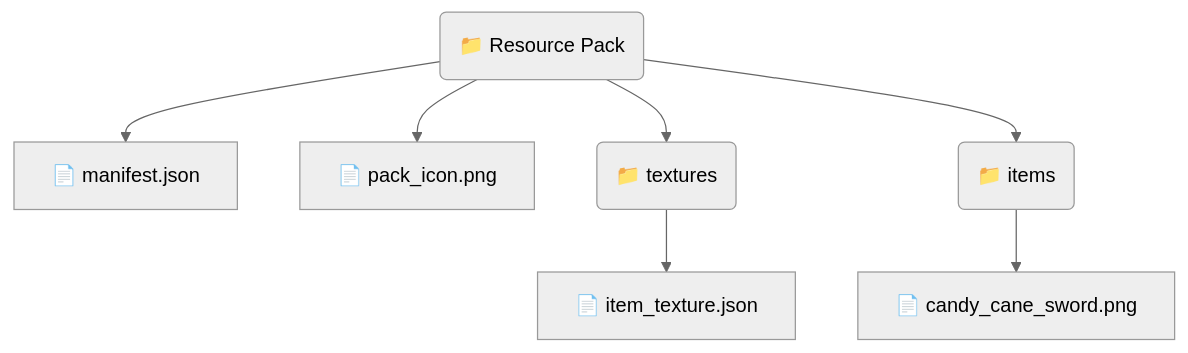
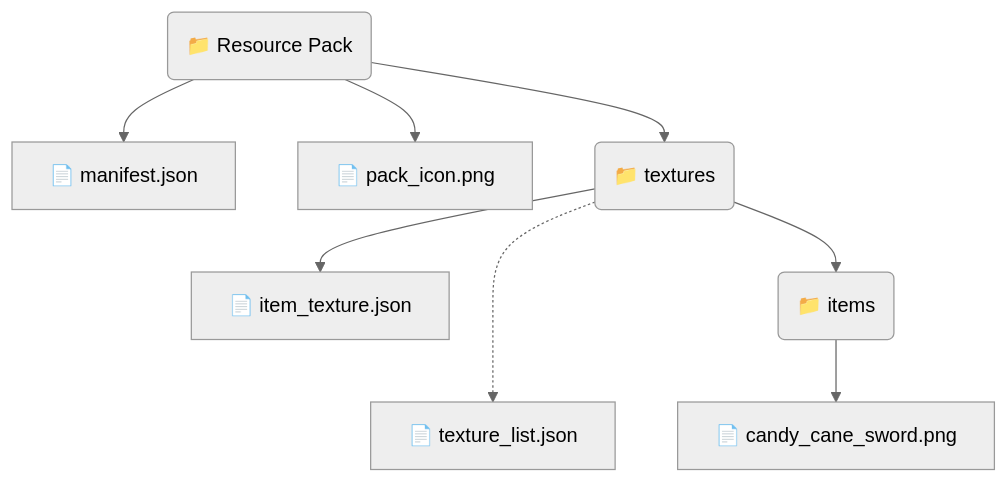
One commit to MemoriesOfTime/Nukkit-MOT-Wiki changed the second of 3 diagrams in docs/tutorial-extras/custom/custom_item.mdx. Above: the diagram before and after it, drawn with Mermaid (neutral theme). The commit also changed other lines of this file and 1 other file, not shown here.

````diff
--- a/docs/tutorial-extras/custom/custom_item.mdx
+++ b/docs/tutorial-extras/custom/custom_item.mdx
@@ -159,9 +183,10 @@
 ```mermaid
 graph TD;
     RP("📁 Resource Pack") --> manifest["📄 manifest.json"];
     RP --> pack_icon["📄 pack_icon.png"];
     RP --> textures("📁 textures");
+    textures -..-> texture_list["📄 texture_list.json"];
     textures --> item_texture["📄 item_texture.json"];
-    RP --> items("📁 items");
+    textures --> items("📁 items");
     items --> candy_cane_sword["📄 candy_cane_sword.png"];
 ```
````
